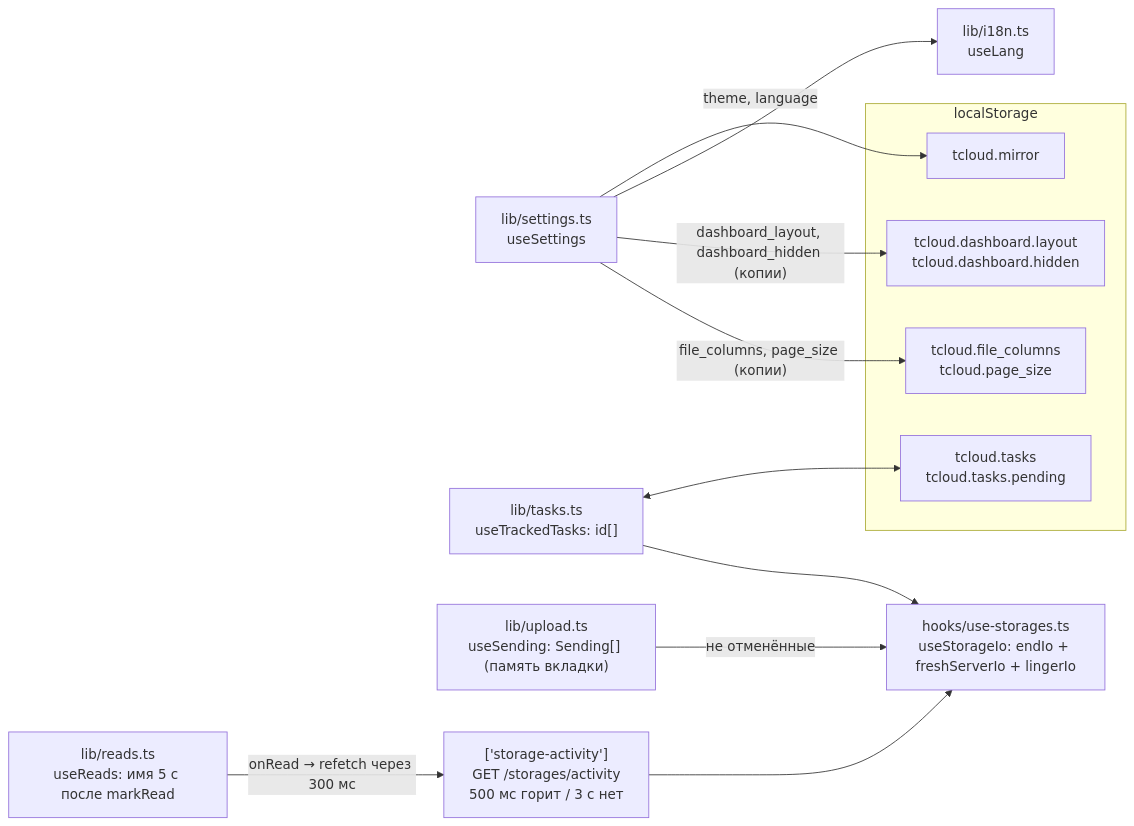
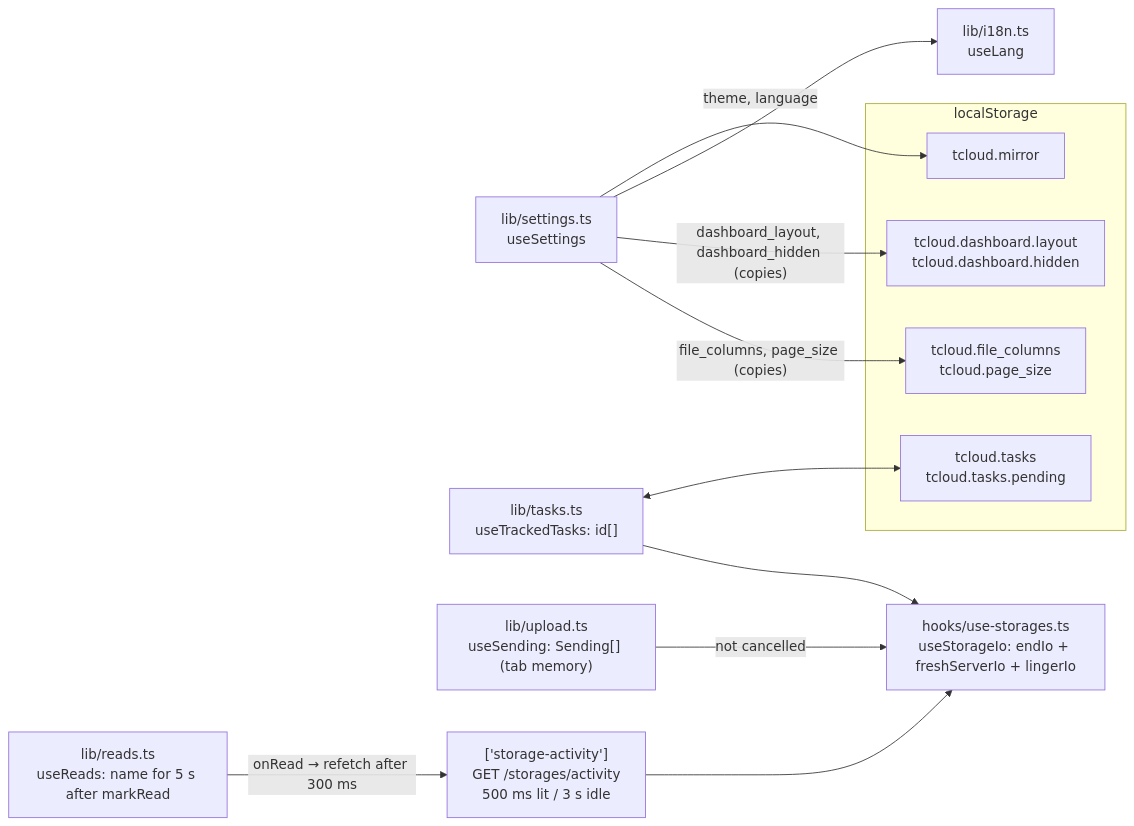
The second of 5 diagrams in docs/data-flow.md (NikitkaZXC/tcloud-frontend), drawn with Mermaid before and after one commit. The commit also changed other lines of this file and 8 other files, not shown here.

````diff
--- a/docs/data-flow.md
+++ b/docs/data-flow.md
@@ -109,22 +113,22 @@
 ```mermaid
 flowchart LR
     subgraph ls["localStorage"]
         tasksLs["tcloud.tasks<br/>tcloud.tasks.pending"]
         mirror["tcloud.mirror"]
         layout["tcloud.dashboard.layout<br/>tcloud.dashboard.hidden"]
         cols["tcloud.file_columns<br/>tcloud.page_size"]
     end
     settings["lib/settings.ts<br/>useSettings"] -- "theme, language" --> mirror
     tasks["lib/tasks.ts<br/>useTrackedTasks: id[]"] <--> tasksLs
-    sending["lib/upload.ts<br/>useSending: Sending[] (память вкладки)"]
-    reads["lib/reads.ts<br/>useReads: имя 5 с после markRead"]
+    sending["lib/upload.ts<br/>useSending: Sending[] (tab memory)"]
+    reads["lib/reads.ts<br/>useReads: name for 5 s after markRead"]
     lang["lib/i18n.ts<br/>useLang"]
     io["hooks/use-storages.ts<br/>useStorageIo: endIo + freshServerIo + lingerIo"]
-    srvIo["['storage-activity']<br/>GET /storages/activity<br/>500 мс горит / 3 с нет"] --> io
-    sending -- "не отменённые" --> io
+    srvIo["['storage-activity']<br/>GET /storages/activity<br/>500 ms lit / 3 s idle"] --> io
+    sending -- "not cancelled" --> io
     tasks --> io
-    reads -- "onRead → refetch через 300 мс" --> srvIo
+    reads -- "onRead → refetch after 300 ms" --> srvIo
     settings --> lang
-    settings -- "dashboard_layout, dashboard_hidden (копии)" --> layout
-    settings -- "file_columns, page_size (копии)" --> cols
+    settings -- "dashboard_layout, dashboard_hidden (copies)" --> layout
+    settings -- "file_columns, page_size (copies)" --> cols
 ```
````
